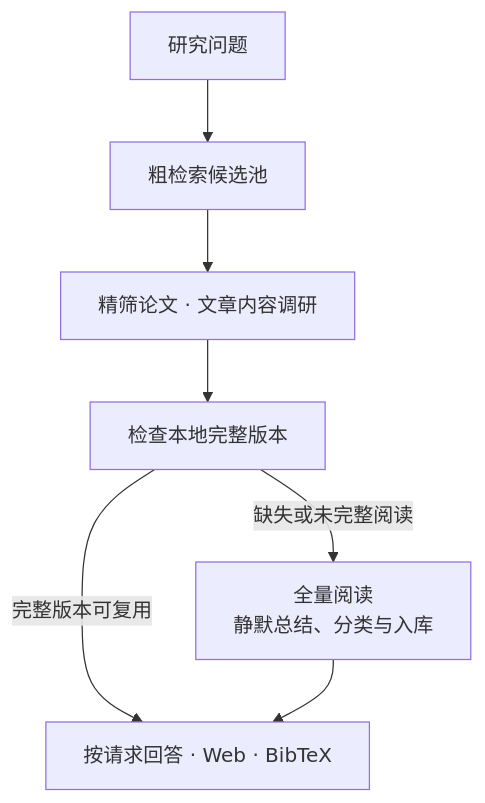
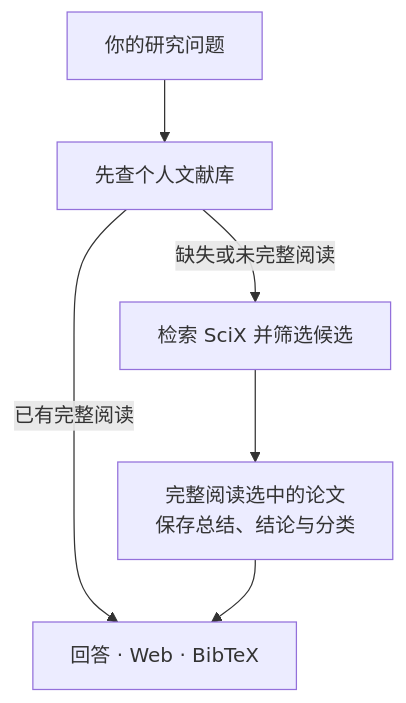
The diagram in README.zh-CN.md (SukiYume/nasa-ads-skill), drawn with Mermaid before and after one commit. The commit also changed other lines of this file and 50 other files, not shown here.

````diff
--- a/README.zh-CN.md
+++ b/README.zh-CN.md
@@ -171,9 +40,8 @@
 ```mermaid
 flowchart TB
-    Q["研究问题"] --> A["粗检索候选池"]
-    A --> P["精筛论文 · 文章内容调研"]
-    P --> L["检查本地完整版本"]
-    L -->|缺失或未完整阅读| R["全量阅读<br/>静默总结、分类与入库"]
-    L -->|完整版本可复用| U["按请求回答 · Web · BibTeX"]
+    Q["你的研究问题"] --> L["先查个人文献库"]
+    L -->|已有完整阅读| U["回答 · Web · BibTeX"]
+    L -->|缺失或未完整阅读| S["检索 SciX 并筛选候选"]
+    S --> R["完整阅读选中的论文<br/>保存总结、结论与分类"]
     R --> U
 ```
````
